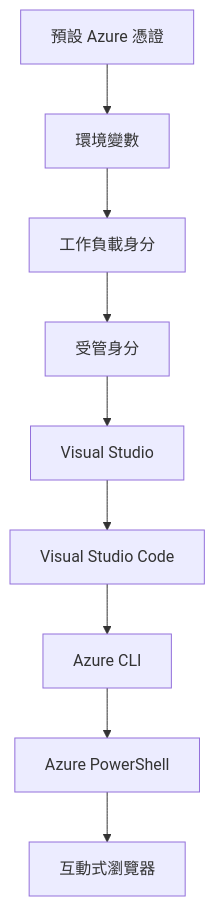
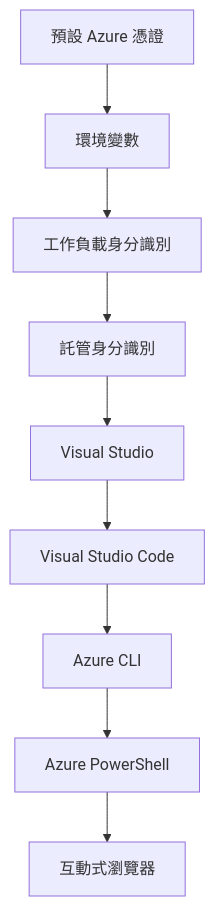
The second of 2 diagrams in translations/zh-MO/docs/chapter-01-foundation/azd-basics.md (microsoft/AZD-for-beginners), drawn with Mermaid before and after one commit. The commit also changed other lines of this file and 101 other files, not shown here.

````diff
--- a/translations/zh-MO/docs/chapter-01-foundation/azd-basics.md
+++ b/translations/zh-MO/docs/chapter-01-foundation/azd-basics.md
@@ -558,11 +593,11 @@
 ```mermaid
 graph TD
     A[預設 Azure 憑證] --> B[環境變數]
-    B --> C[工作負載身分]
-    C --> D[受管身分]
+    B --> C[工作負載身分識別]
+    C --> D[託管身分識別]
     D --> E[Visual Studio]
     E --> F[Visual Studio Code]
     F --> G[Azure CLI]
     G --> H[Azure PowerShell]
     H --> I[互動式瀏覽器]
 ```
````
